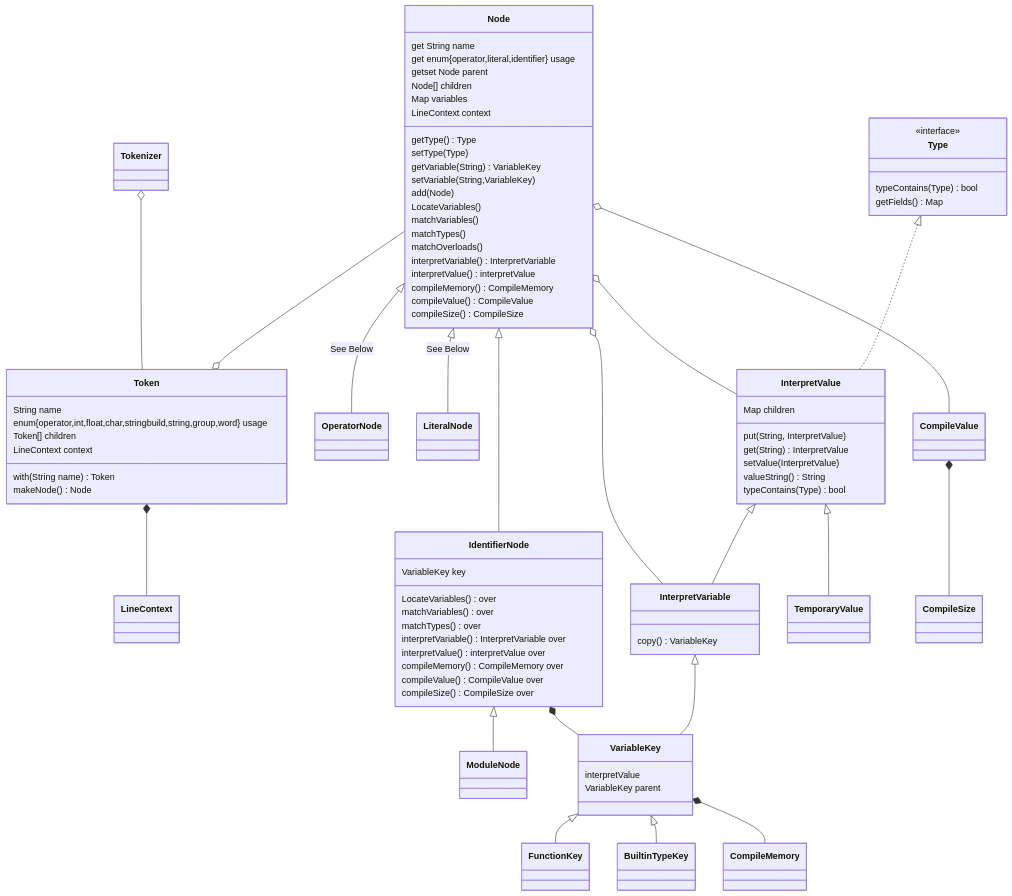
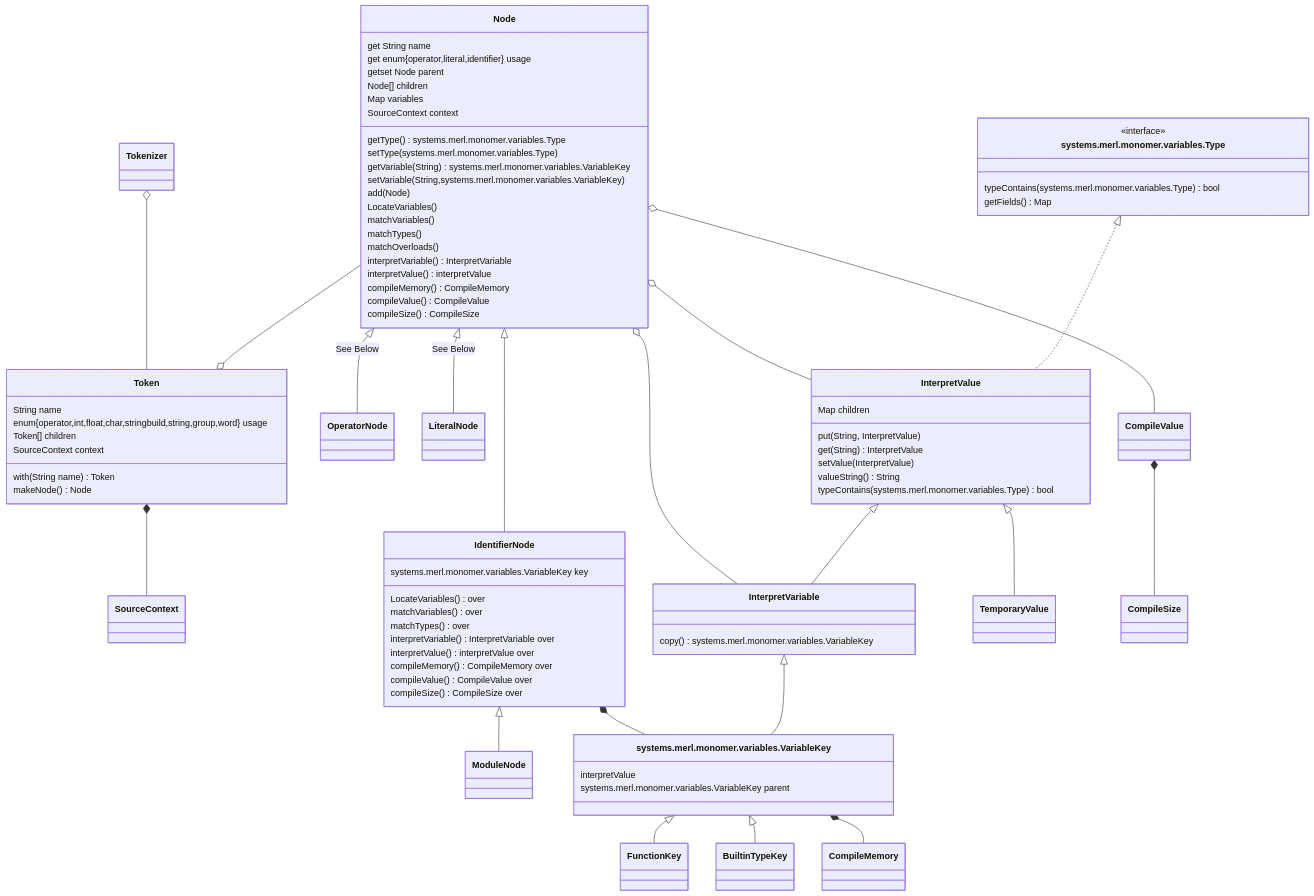
Before and after one commit to Jzhyang1/Monomer: the second of 8 diagrams in Implementation.md, drawn with Mermaid. The commit also changed other lines of this file and 68 other files, not shown here.

````diff
--- a/Implementation.md
+++ b/Implementation.md
@@ -87,77 +87,77 @@
 ```mermaid
 classDiagram
 Tokenizer o-- Token
 Node --o Token
-Token *-- LineContext
+Token *-- SourceContext
 
 Node <|-- OperatorNode: See Below
 Node <|-- LiteralNode: See Below
 Node <|-- IdentifierNode
 Node o-- InterpretVariable
 Node o-- InterpretValue
 IdentifierNode <|-- ModuleNode
-IdentifierNode *-- VariableKey
-VariableKey <|-- FunctionKey
-VariableKey <|-- BuiltinTypeKey
-VariableKey *-- CompileMemory
+IdentifierNode *-- systems.merl.monomer.variables.VariableKey
+systems.merl.monomer.variables.VariableKey <|-- FunctionKey
+systems.merl.monomer.variables.VariableKey <|-- BuiltinTypeKey
+systems.merl.monomer.variables.VariableKey *-- CompileMemory
 InterpretValue <|-- InterpretVariable
 InterpretValue <|-- TemporaryValue
-Type <|.. InterpretValue
-InterpretVariable <|-- VariableKey
+systems.merl.monomer.variables.Type <|.. InterpretValue
+InterpretVariable <|-- systems.merl.monomer.variables.VariableKey
 CompileValue *-- CompileSize
 Node o-- CompileValue
 
 Token: String name
 Token: enum{operator,int,float,char,stringbuild,string,group,word} usage
 Token: Token[] children
-Token: LineContext context
+Token: SourceContext context
 Token: with(String name) Token
 Token: makeNode() Node
 
 Node: get String name
 Node: get enum{operator,literal,identifier} usage
 Node: getset Node parent
 Node: Node[] children
-Node: Map<String, VariableKey> variables
-Node: LineContext context
-Node: getType() Type
-Node: setType(Type)
-Node: getVariable(String) VariableKey
-Node: setVariable(String,VariableKey)
+Node: Map<String, systems.merl.monomer.variables.VariableKey> variables
+Node: SourceContext context
+Node: getType() systems.merl.monomer.variables.Type
+Node: setType(systems.merl.monomer.variables.Type)
+Node: getVariable(String) systems.merl.monomer.variables.VariableKey
+Node: setVariable(String,systems.merl.monomer.variables.VariableKey)
 Node: add(Node)
 Node: LocateVariables()
 Node: matchVariables()
 Node: matchTypes()
 Node: matchOverloads()
 Node: interpretVariable() InterpretVariable
 Node: interpretValue() interpretValue
 Node: compileMemory() CompileMemory
 Node: compileValue() CompileValue
 Node: compileSize() CompileSize
 
-IdentifierNode: VariableKey key
+IdentifierNode: systems.merl.monomer.variables.VariableKey key
 IdentifierNode: LocateVariables() over
 IdentifierNode: matchVariables() over
 IdentifierNode: matchTypes() over
 IdentifierNode: interpretVariable() InterpretVariable over
 IdentifierNode: interpretValue() interpretValue over
 IdentifierNode: compileMemory() CompileMemory over
 IdentifierNode: compileValue() CompileValue over
 IdentifierNode: compileSize() CompileSize over
 
 InterpretValue: Map<String, InterpretValue> children
 InterpretValue: put(String, InterpretValue)
 InterpretValue: get(String) InterpretValue
 InterpretValue: setValue(InterpretValue)
 InterpretValue: valueString() String
-InterpretValue: typeContains(Type) bool
+InterpretValue: typeContains(systems.merl.monomer.variables.Type) bool
 
-InterpretVariable: copy() VariableKey
+InterpretVariable: copy() systems.merl.monomer.variables.VariableKey
 
-VariableKey: interpretValue
-VariableKey: VariableKey parent
+systems.merl.monomer.variables.VariableKey: interpretValue
+systems.merl.monomer.variables.VariableKey: systems.merl.monomer.variables.VariableKey parent
 
-<<interface>> Type
-Type: typeContains(Type) bool
-Type: getFields() Map<String,Type>
+<<interface>> systems.merl.monomer.variables.Type
+systems.merl.monomer.variables.Type: typeContains(systems.merl.monomer.variables.Type) bool
+systems.merl.monomer.variables.Type: getFields() Map<String,systems.merl.monomer.variables.Type>
 ```
````
